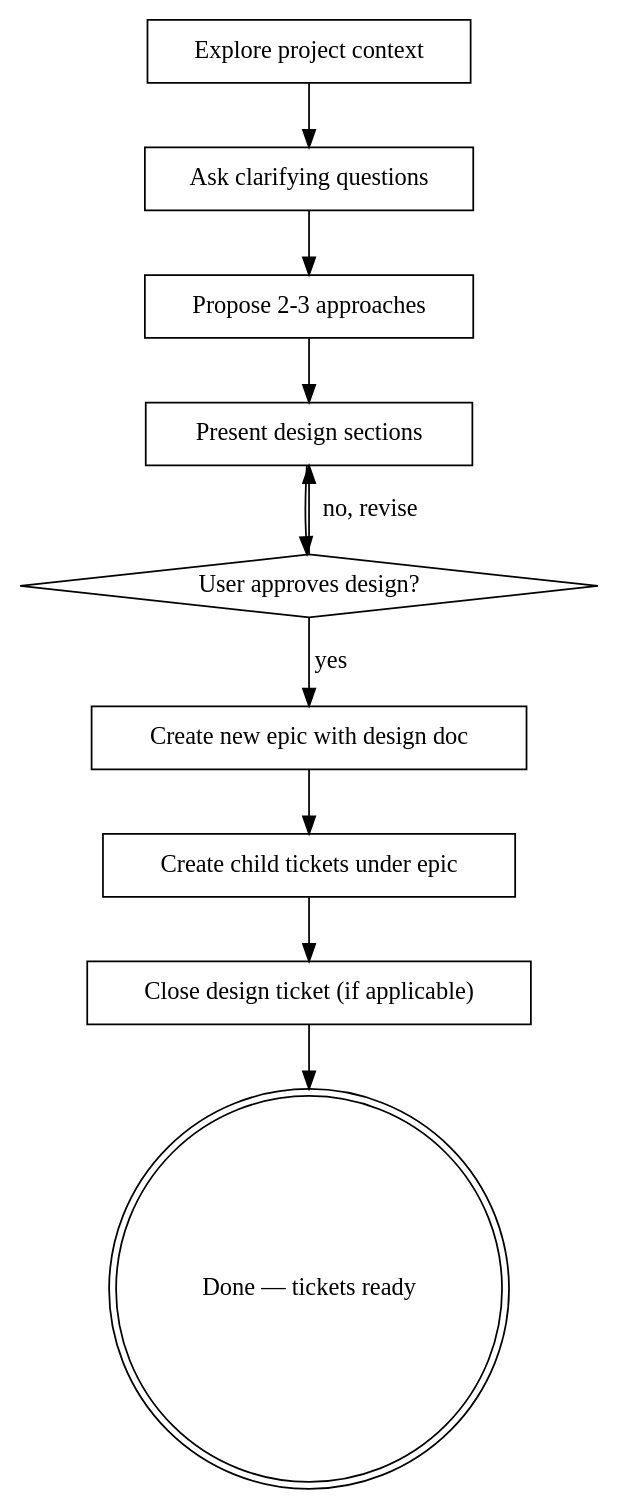
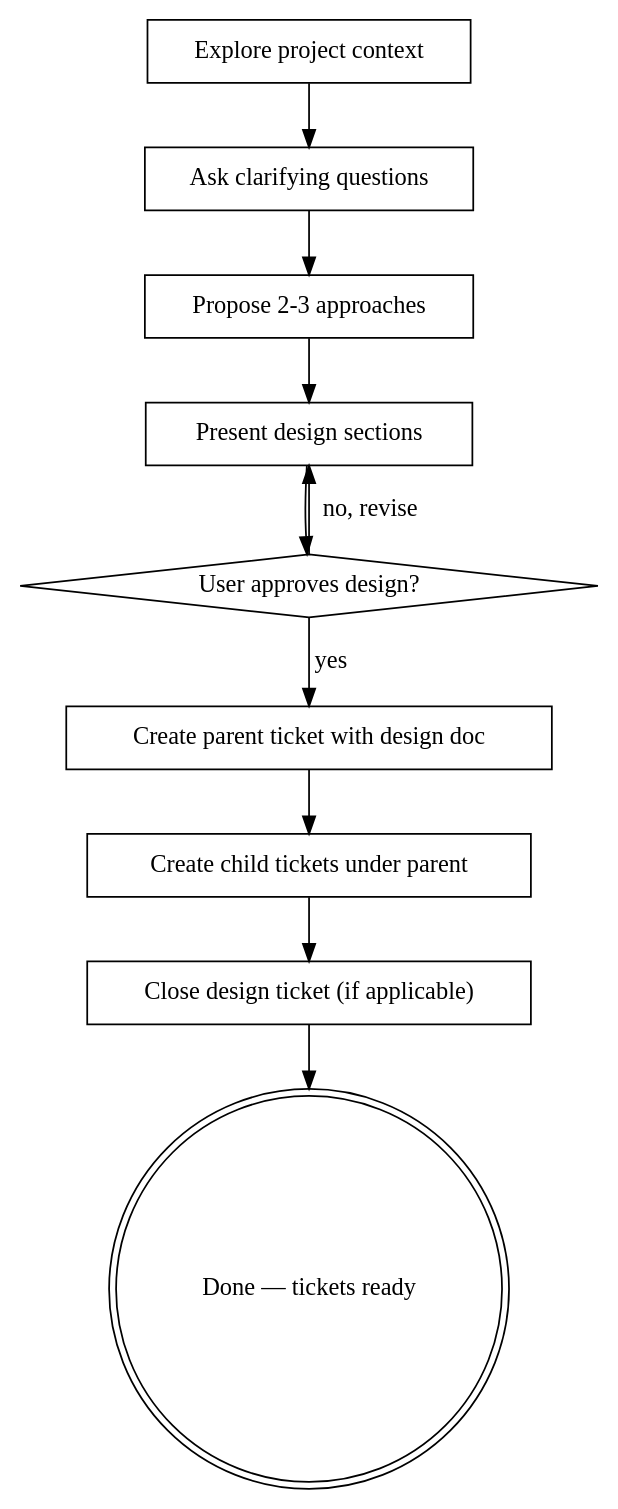
The diagram in containers/claude-worker/all-skills/design/SKILL.md (cmaher/ur), drawn with Graphviz before and after one commit. The commit also changed other lines of this file and 1 other file, not shown here.

First line of the commit message:
Replace epic ticket type with parent tickets in design skill and ticket docs

````diff
--- a/containers/claude-worker/all-skills/design/SKILL.md
+++ b/containers/claude-worker/all-skills/design/SKILL.md
@@ -52,23 +52,23 @@
 ```dot
 digraph brainstorming {
     "Explore project context" [shape=box];
     "Ask clarifying questions" [shape=box];
     "Propose 2-3 approaches" [shape=box];
     "Present design sections" [shape=box];
     "User approves design?" [shape=diamond];
-    "Create new epic with design doc" [shape=box];
-    "Create child tickets under epic" [shape=box];
+    "Create parent ticket with design doc" [shape=box];
+    "Create child tickets under parent" [shape=box];
     "Close design ticket (if applicable)" [shape=box];
     "Done — tickets ready" [shape=doublecircle];
 
     "Explore project context" -> "Ask clarifying questions";
     "Ask clarifying questions" -> "Propose 2-3 approaches";
     "Propose 2-3 approaches" -> "Present design sections";
     "Present design sections" -> "User approves design?";
     "User approves design?" -> "Present design sections" [label="no, revise"];
-    "User approves design?" -> "Create new epic with design doc" [label="yes"];
-    "Create new epic with design doc" -> "Create child tickets under epic";
-    "Create child tickets under epic" -> "Close design ticket (if applicable)";
+    "User approves design?" -> "Create parent ticket with design doc" [label="yes"];
+    "Create parent ticket with design doc" -> "Create child tickets under parent";
+    "Create child tickets under parent" -> "Close design ticket (if applicable)";
     "Close design ticket (if applicable)" -> "Done — tickets ready";
 }
 ```
````
